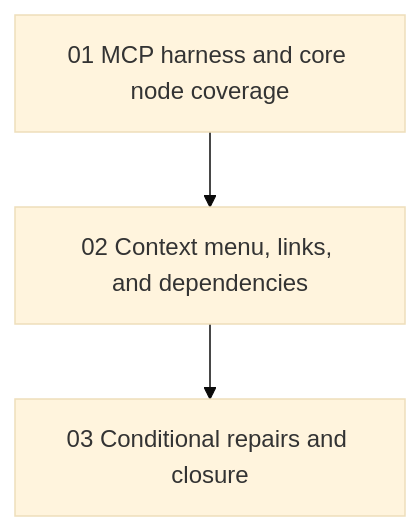
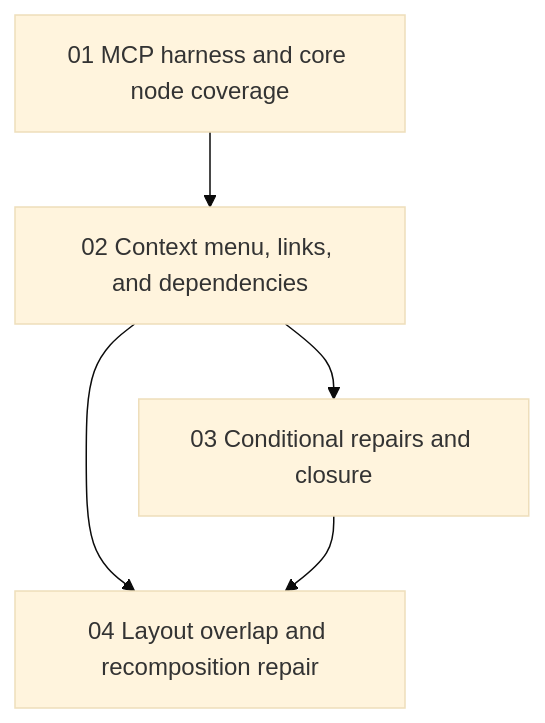
One commit to fyziktom/CanDoItAll changed the diagram in candoitall-project-structure-canvas-regression-bundle-v1/plan/01-phase-plan.md. Above: the diagram before and after it, drawn with Mermaid (base theme). The commit also changed other lines of this file and 17 other files, not shown here.

````diff
--- a/candoitall-project-structure-canvas-regression-bundle-v1/plan/01-phase-plan.md
+++ b/candoitall-project-structure-canvas-regression-bundle-v1/plan/01-phase-plan.md
@@ -11,8 +12,11 @@
 ```mermaid
 graph TD
     B01["01 MCP harness and core node coverage"]
     B02["02 Context menu, links, and dependencies"]
     B03["03 Conditional repairs and closure"]
+    B04["04 Layout overlap and recomposition repair"]
     B01 --> B02
     B02 --> B03
+    B02 --> B04
+    B03 --> B04
 ```
````
